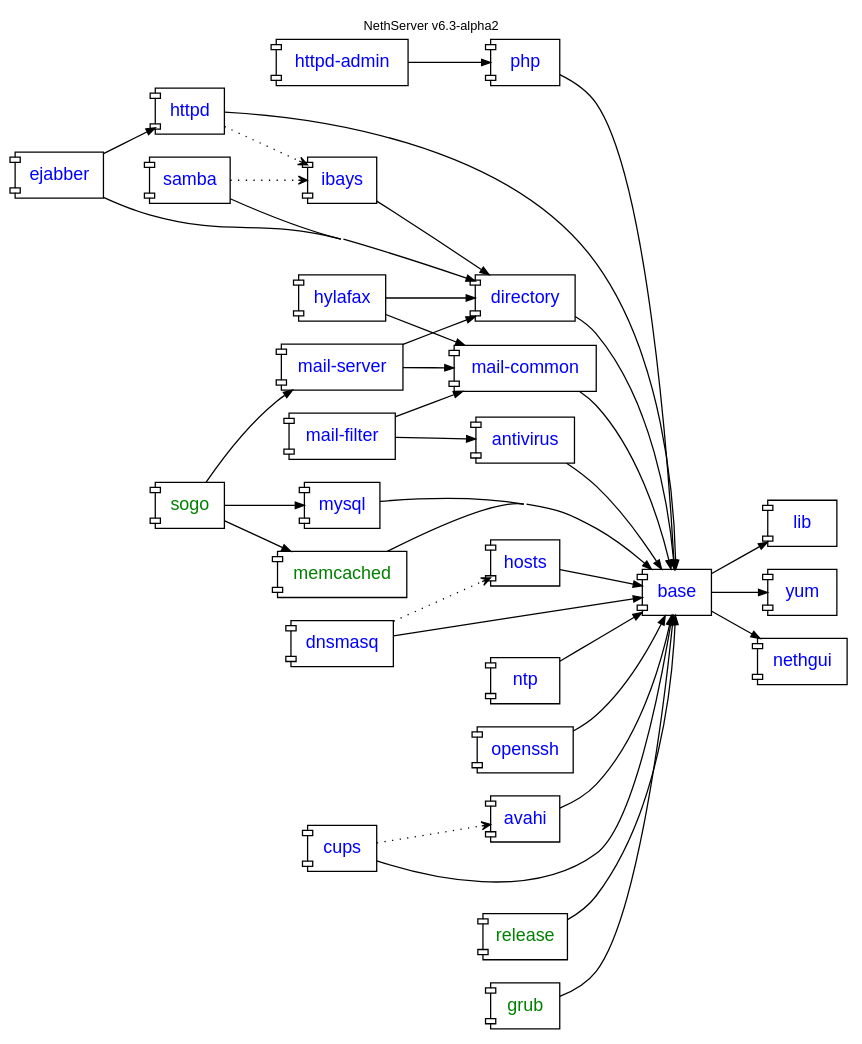
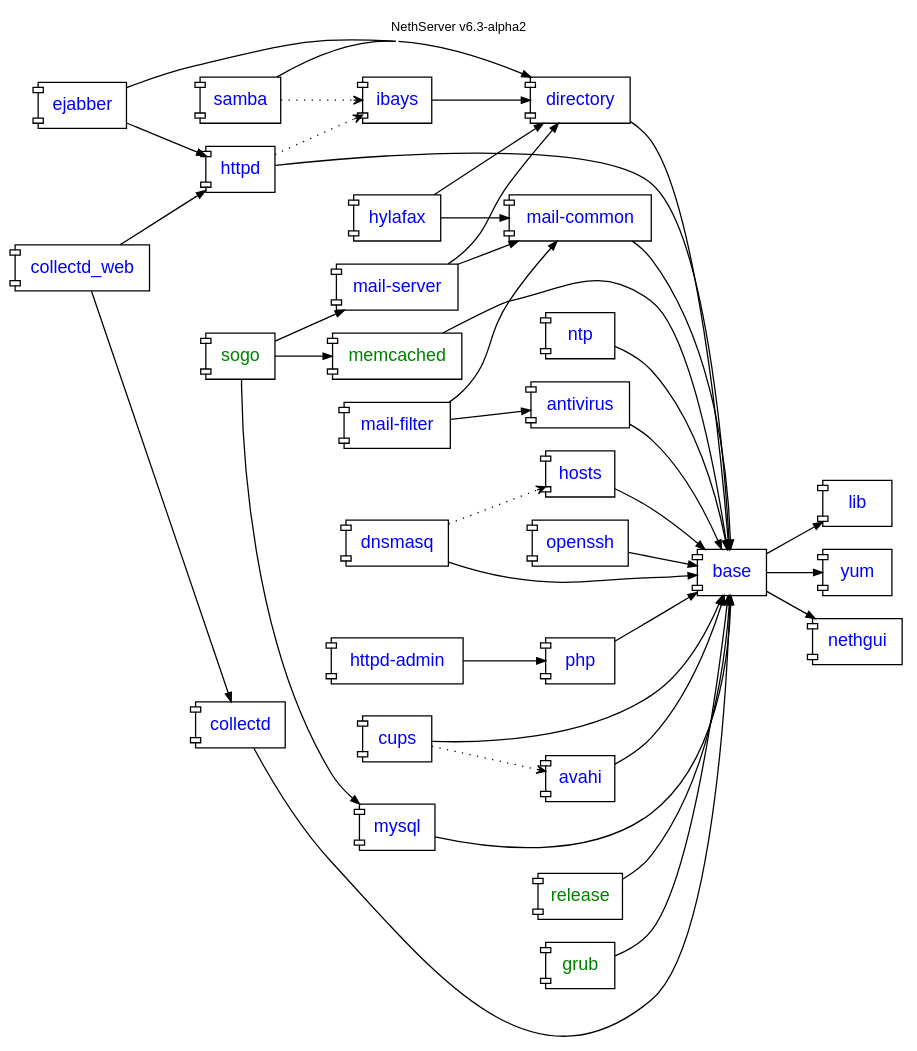
Before and after one commit to nethesis/dev-nethesis-it: the diagram in nethserver/package-dependencies.dot, drawn with Graphviz.

Commit message:
package-dependencies.dot: add collectd and collect-web packages

```diff
--- a/nethserver/package-dependencies.dot
+++ b/nethserver/package-dependencies.dot
@@ -1,74 +1,79 @@
 digraph "v6.3-alpha2" {
     rankdir = "LR"; compound = true; concentrate = true; fontname = "Helvetica"; fontnames="svg"; fontsize=10.0; label="NethServer v6.3-alpha2"; labelloc = "t"
 
     node [shape="component",fontname="Helvetica"];
     edge [arrowsize=0.7];
 
     httpd_admin [fontcolor=blue,label="httpd-admin",URL="http://dev.nethesis.it/projects/nethserver/wiki/nethserver-httpd-admin"];
     base [fontcolor=blue,URL="http://dev.nethesis.it/projects/nethserver/wiki/nethserver-base"];
     directory [fontcolor=blue,URL="http://dev.nethesis.it/projects/nethserver/wiki/nethserver-directory"];    
     samba [fontcolor=blue,URL="http://dev.nethesis.it/projects/nethserver/wiki/nethserver-samba"];    
     ibays [fontcolor=blue,URL="http://dev.nethesis.it/projects/nethserver/wiki/nethserver-ibays"];    
     lib [fontcolor=blue,URL="http://dev.nethesis.it/projects/nethserver/wiki/nethserver-lib"];    
     httpd [fontcolor=blue,URL="http://dev.nethesis.it/projects/nethserver/wiki/nethserver-httpd"];    
     hosts [fontcolor=blue,URL="http://dev.nethesis.it/projects/nethserver/wiki/nethserver-hosts"];
     php [fontcolor=blue,URL="http://dev.nethesis.it/projects/nethserver/wiki/nethserver-php"];
     yum [fontcolor=blue,URL="http://dev.nethesis.it/projects/nethserver/wiki/nethserver-yum"];
     ntp [fontcolor=blue,URL="http://dev.nethesis.it/projects/nethserver/wiki/nethserver-ntp"];
     dnsmasq [fontcolor=blue,URL="http://dev.nethesis.it/projects/nethserver/wiki/nethserver-dnsmasq"];
     mails [label="mail-server",fontcolor=blue,URL="http://dev.nethesis.it/projects/nethserver/wiki/nethserver-mail-server"];
     mailf [label="mail-filter",fontcolor=blue,URL="http://dev.nethesis.it/projects/nethserver/wiki/nethserver-mail-filter"];
     mailc [label="mail-common",fontcolor=blue,URL="http://dev.nethesis.it/projects/nethserver/wiki/nethserver-mail-common"];
     nethgui [fontcolor=blue,URL="http://dev.nethesis.it/projects/nethgui"];    
     openssh [fontcolor=blue,URL="http://dev.nethesis.it/projects/nethserver/wiki/nethserver-openssh"];
     antivirus [fontcolor=blue,URL="http://dev.nethesis.it/projects/nethserver/wiki/nethserver-antivirus"];
     cups [fontcolor=blue,URL="http://dev.nethesis.it/projects/nethserver/wiki/nethserver-cups"];
     avahi [fontcolor=blue];
     ejabber [fontcolor=blue,URL="http://dev.nethesis.it/projects/nethserver/wiki/nethserver-ejabberd"];
     mysql [fontcolor=blue,URL="http://dev.nethesis.it/projects/nethserver/wiki/nethserver-mysql"];
     hylafax [fontcolor=blue,URL="http://dev.nethesis.it/projects/nethserver/wiki/nethserver-hylafax"];
+    collectd [fontcolor=blue,URL="http://dev.nethesis.it/projects/nethserver/wiki/nethserver-collectd"];
+    collectd_web [fontcolor=blue,URL="http://dev.nethesis.it/projects/nethserver/wiki/nethserver-collectd-web"];
 
     release [fontcolor=green,URL="https://dev.nethesis.it/projects/nethserver/wiki/nethserver-base/repository/nethserver-release"];
     grub [fontcolor=green,URL="https://dev.nethesis.it/projects/nethserver/wiki/nethserver-base/repository/nethserver-grub"];
     memcached [fontcolor=green,URL="https://dev.nethesis.it/projects/nethserver/wiki/nethserver/repository/nethserver-memcached"];
     sogo [fontcolor=green,URL="https://dev.nethesis.it/projects/nethserver/wiki/nethserver/repository/nethserver-sogo"];    
 
     
     base -> lib
     base -> nethgui
     openssh -> base
     directory -> base
     samba -> directory
     ibays -> directory
     httpd -> base
     httpd -> ibays [style=dotted,arrowhead=vee];
     dnsmasq -> hosts [style=dotted,arrowhead=vee];
     dnsmasq -> base
     hosts -> base
     httpd_admin -> php
     samba -> ibays [style=dotted,arrowhead=vee];
     base -> yum
     ntp -> base
     php -> base
     mails -> directory
     mails -> mailc
     mailf -> mailc
     mailf -> antivirus
     mailc -> base
     antivirus -> base
     release -> base
     grub -> base
     cups -> base
     avahi -> base
     cups -> avahi [style=dotted,arrowhead=vee];
     ejabber -> directory
     ejabber -> httpd
     mysql -> base
     hylafax -> directory
     hylafax -> mailc
     sogo -> memcached
     sogo -> mails
     sogo -> mysql
     memcached -> base
+    collectd -> base
+    collectd_web -> collectd
+    collectd_web -> httpd
 
 }
```
